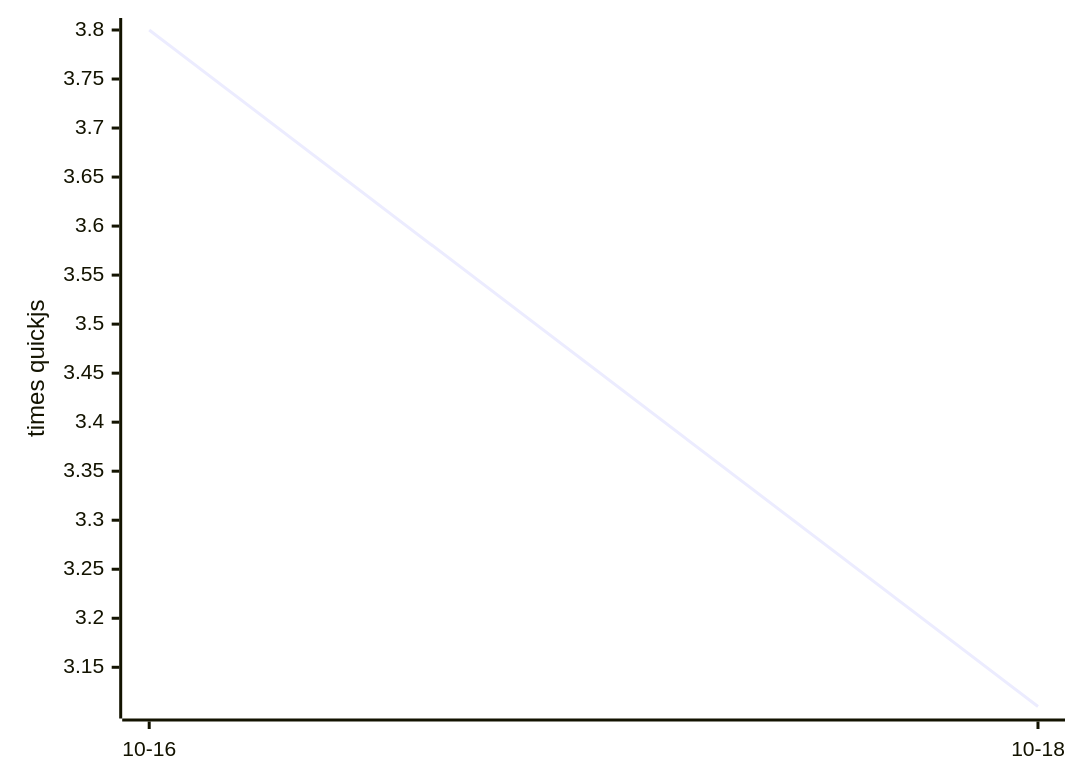
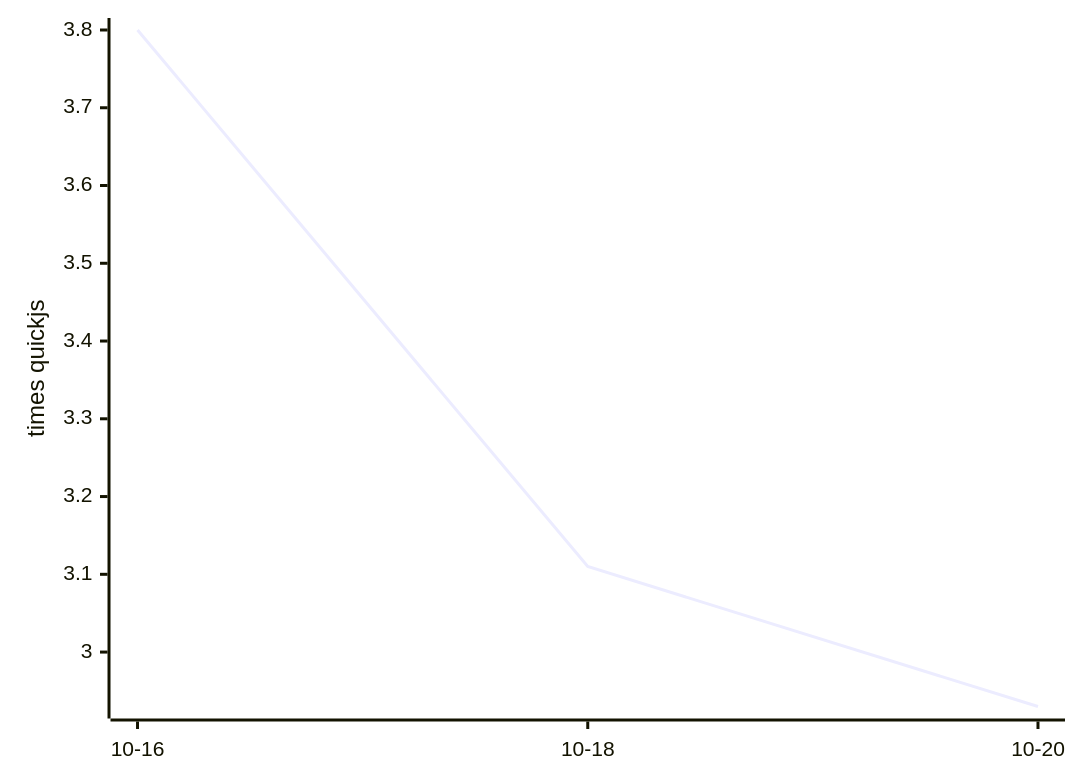
One commit to mozzius/kahvi changed the diagram in README.md. Above: the diagram before and after it, drawn with Mermaid. The commit also changed other lines of this file and 1 other file, not shown here.

````diff
--- a/README.md
+++ b/README.md
@@ -9,6 +9,6 @@
 ```mermaid
 xychart-beta
-  x-axis ["10-16", "10-18"]
+  x-axis ["10-16", "10-18", "10-20"]
   y-axis "times quickjs"
-  line [3.80, 3.11]
+  line [3.80, 3.11, 2.93]
 ```
````
